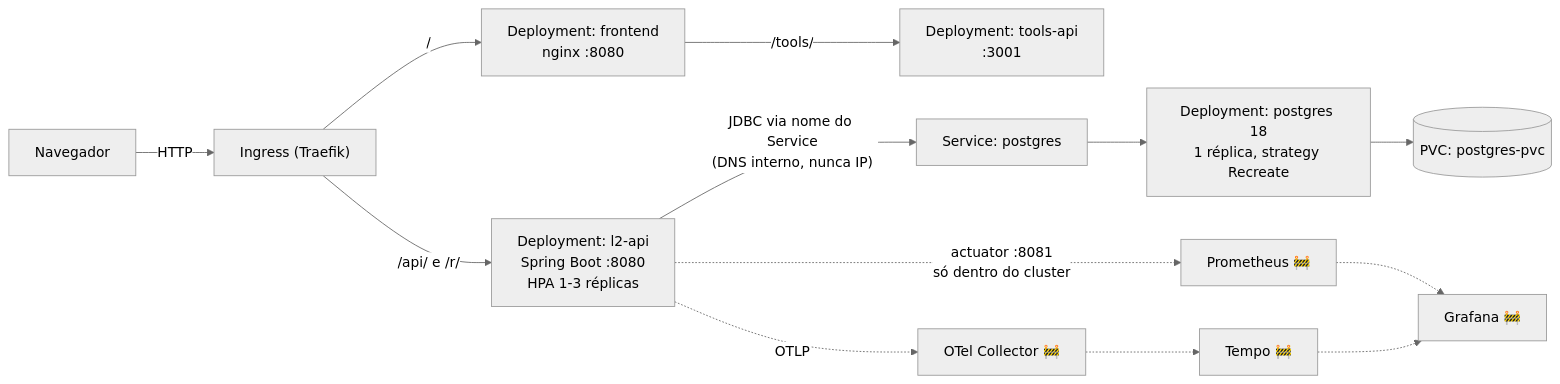
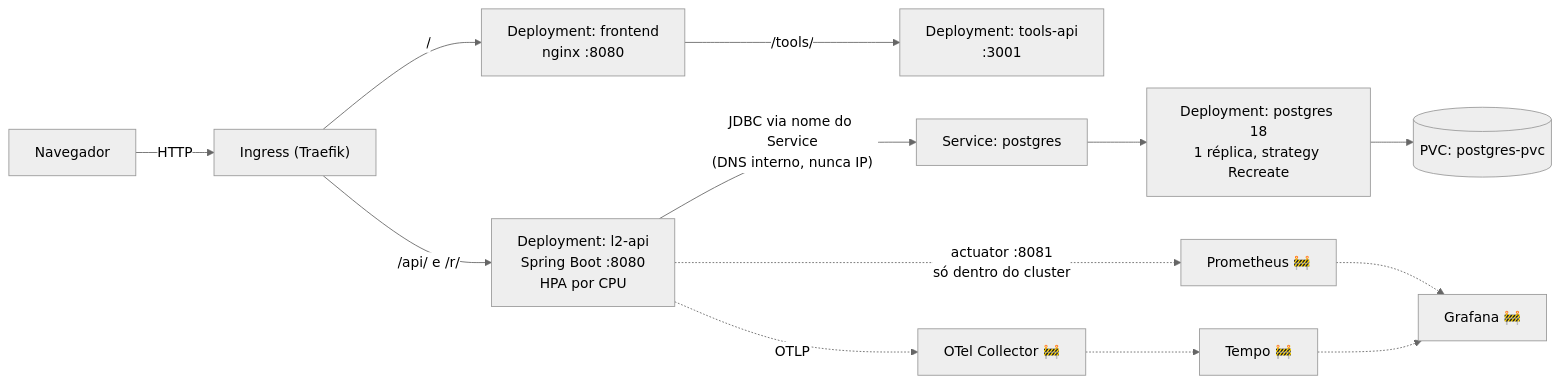
Before and after one commit to MeloJu/portal-gitops: the diagram in README.md, drawn with Mermaid (neutral theme). The commit also changed other lines of this file and 1 other file, not shown here.

````diff
--- a/README.md
+++ b/README.md
@@ -38,14 +38,14 @@
 ```mermaid
 graph LR
     U["Navegador"] -->|HTTP| T["Ingress (Traefik)"]
     T -->|"/"| FE["Deployment: frontend<br/>nginx :8080"]
-    T -->|"/api/ e /r/"| API["Deployment: l2-api<br/>Spring Boot :8080<br/>HPA 1-3 réplicas"]
+    T -->|"/api/ e /r/"| API["Deployment: l2-api<br/>Spring Boot :8080<br/>HPA por CPU"]
     FE -->|"/tools/"| TA["Deployment: tools-api<br/>:3001"]
     API -->|"JDBC via nome do Service<br/>(DNS interno, nunca IP)"| SVC["Service: postgres"]
     SVC --> DB["Deployment: postgres 18<br/>1 réplica, strategy Recreate"]
     DB --> PVC[("PVC: postgres-pvc")]
     API -.->|"actuator :8081<br/>só dentro do cluster"| PROM["Prometheus 🚧"]
     API -.->|OTLP| OC["OTel Collector 🚧"] -.-> TE["Tempo 🚧"]
     PROM -.-> GF["Grafana 🚧"]
     TE -.-> GF
 ```
````
